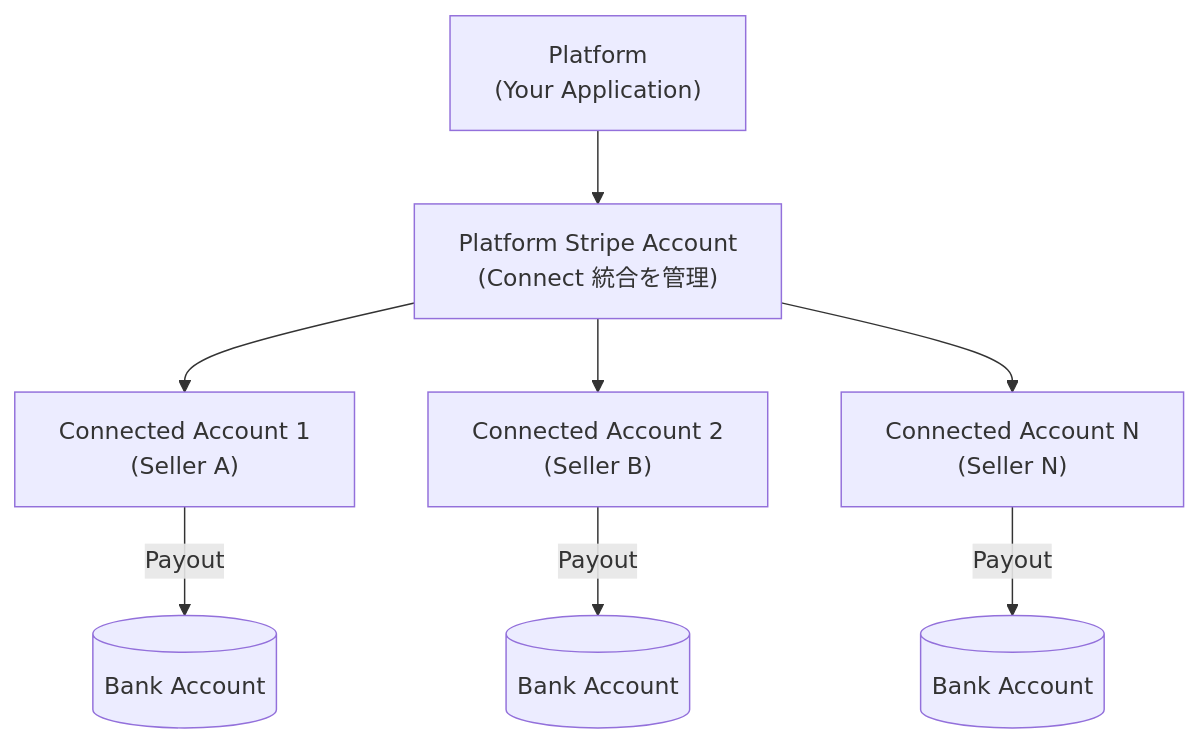
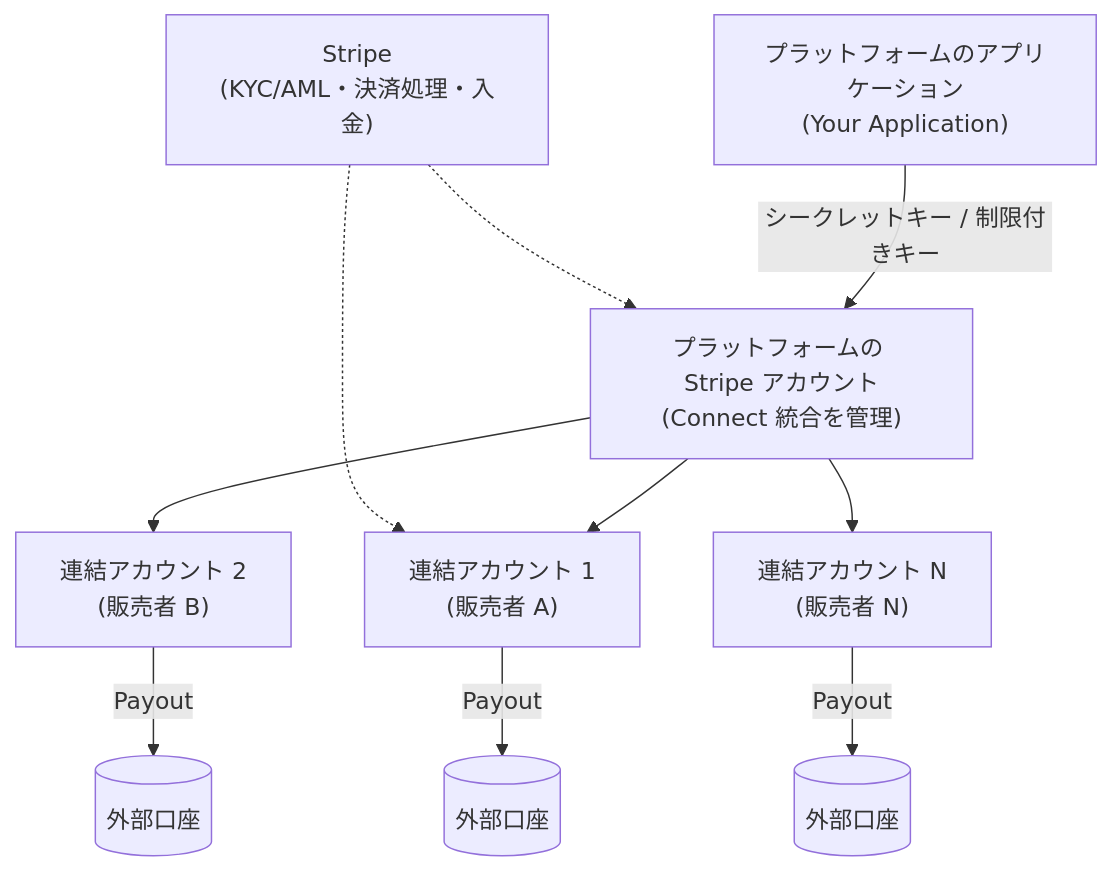
One commit to takukobachi/daedalus changed the second of 8 diagrams in software/apis/stripe-connect-specification.md. Above: the diagram before and after it, drawn with Mermaid. The commit also changed other lines of this file and 97 other files, not shown here.

First line of the commit message:
docs: 既存ドキュメントの横断的な強化（構成・鮮度・出典・相互参照・図） (#92)

````diff
--- a/software/apis/stripe-connect-specification.md
+++ b/software/apis/stripe-connect-specification.md
@@ -118,10 +63,12 @@
 ```mermaid
 flowchart TD
-    APP["Platform<br/>(Your Application)"] --> PA["Platform Stripe Account<br/>(Connect 統合を管理)"]
-    PA --> A1["Connected Account 1<br/>(Seller A)"]
-    PA --> A2["Connected Account 2<br/>(Seller B)"]
-    PA --> AN["Connected Account N<br/>(Seller N)"]
-    A1 -->|Payout| B1[("Bank Account")]
-    A2 -->|Payout| B2[("Bank Account")]
-    AN -->|Payout| BN[("Bank Account")]
+    APP["プラットフォームのアプリケーション<br/>(Your Application)"] -->|"シークレットキー / 制限付きキー"| PA["プラットフォームの Stripe アカウント<br/>(Connect 統合を管理)"]
+    PA --> A1["連結アカウント 1<br/>(販売者 A)"]
+    PA --> A2["連結アカウント 2<br/>(販売者 B)"]
+    PA --> AN["連結アカウント N<br/>(販売者 N)"]
+    A1 -->|"Payout"| B1[("外部口座")]
+    A2 -->|"Payout"| B2[("外部口座")]
+    AN -->|"Payout"| BN[("外部口座")]
+    ST["Stripe<br/>(KYC/AML・決済処理・入金)"] -.-> PA
+    ST -.-> A1
 ```
````
